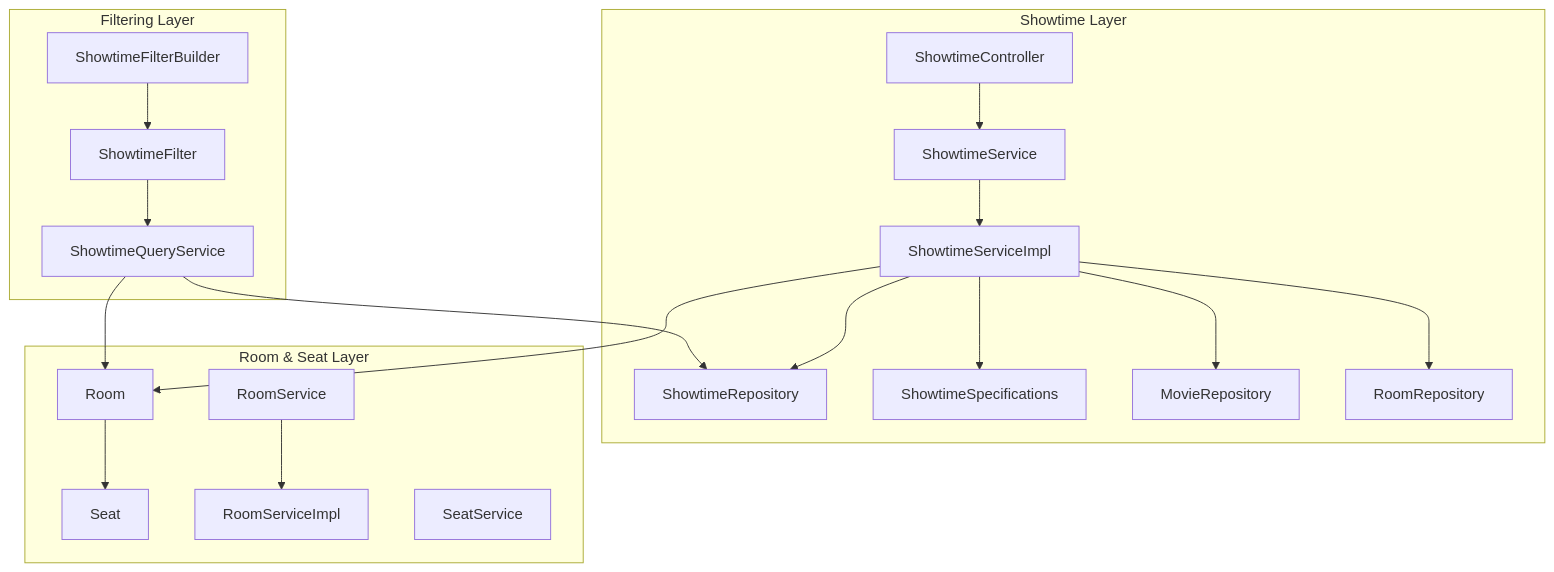
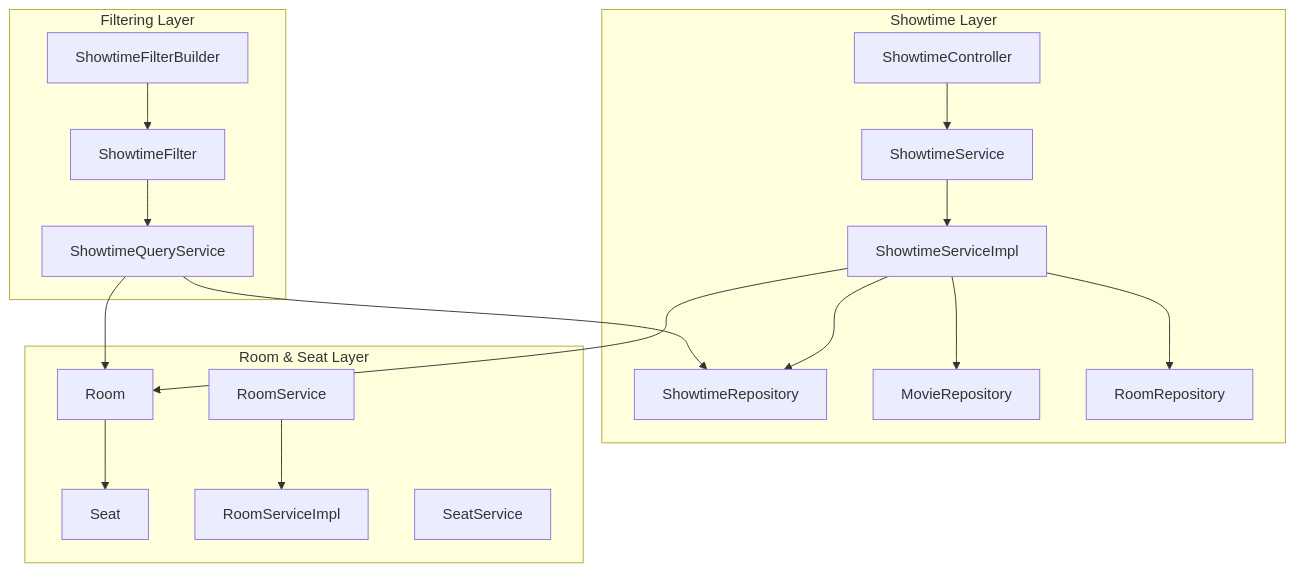
Before and after one commit to anhtudayne/Design_Pattern: the first of 8 diagrams in .qoder/repowiki/en/content/Backend Development/Service Layer Implementation/Core Business Services/Showtime Service.md, drawn with Mermaid. The commit also changed other lines of this file and 10 other files, not shown here.

````diff
--- a/.qoder/repowiki/en/content/Backend Development/Service Layer Implementation/Core Business Services/Showtime Service.md
+++ b/.qoder/repowiki/en/content/Backend Development/Service Layer Implementation/Core Business Services/Showtime Service.md
@@ -42,23 +51,22 @@
 ```mermaid
 graph TB
 subgraph "Showtime Layer"
 A["ShowtimeController"] --> B["ShowtimeService"]
 B --> C["ShowtimeServiceImpl"]
 C --> D["ShowtimeRepository"]
-C --> E["ShowtimeSpecifications"]
-C --> F["MovieRepository"]
-C --> G["RoomRepository"]
+C --> E["MovieRepository"]
+C --> F["RoomRepository"]
 end
 subgraph "Filtering Layer"
-H["ShowtimeFilterBuilder"] --> I["ShowtimeFilter"]
-I --> J["ShowtimeQueryService"]
-J --> D
+G["ShowtimeFilterBuilder"] --> H["ShowtimeFilter"]
+H --> I["ShowtimeQueryService"]
+I --> D
 end
 subgraph "Room & Seat Layer"
-K["Room"] --> L["Seat"]
-M["RoomService"] --> N["RoomServiceImpl"]
-O["SeatService"]
+J["Room"] --> K["Seat"]
+L["RoomService"] --> M["RoomServiceImpl"]
+N["SeatService"]
 end
-C --> K
-J --> K
+C --> J
+I --> J
 ```
````
